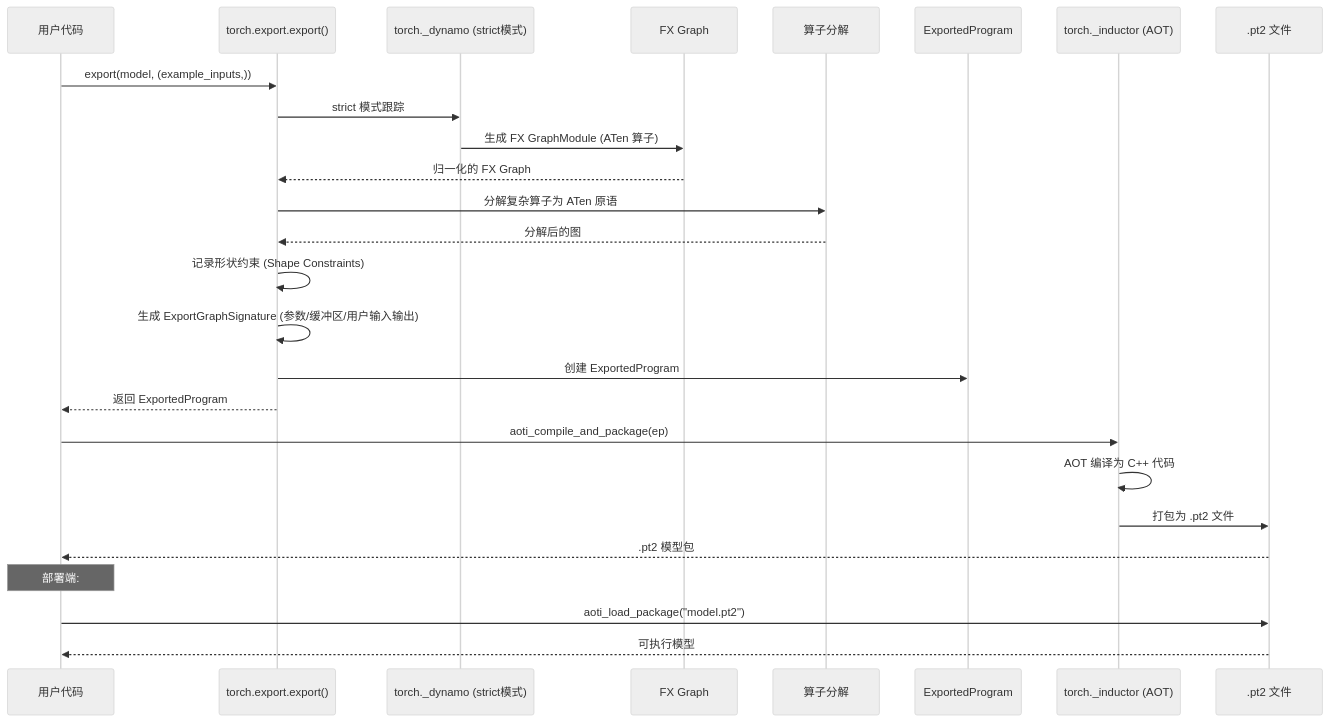
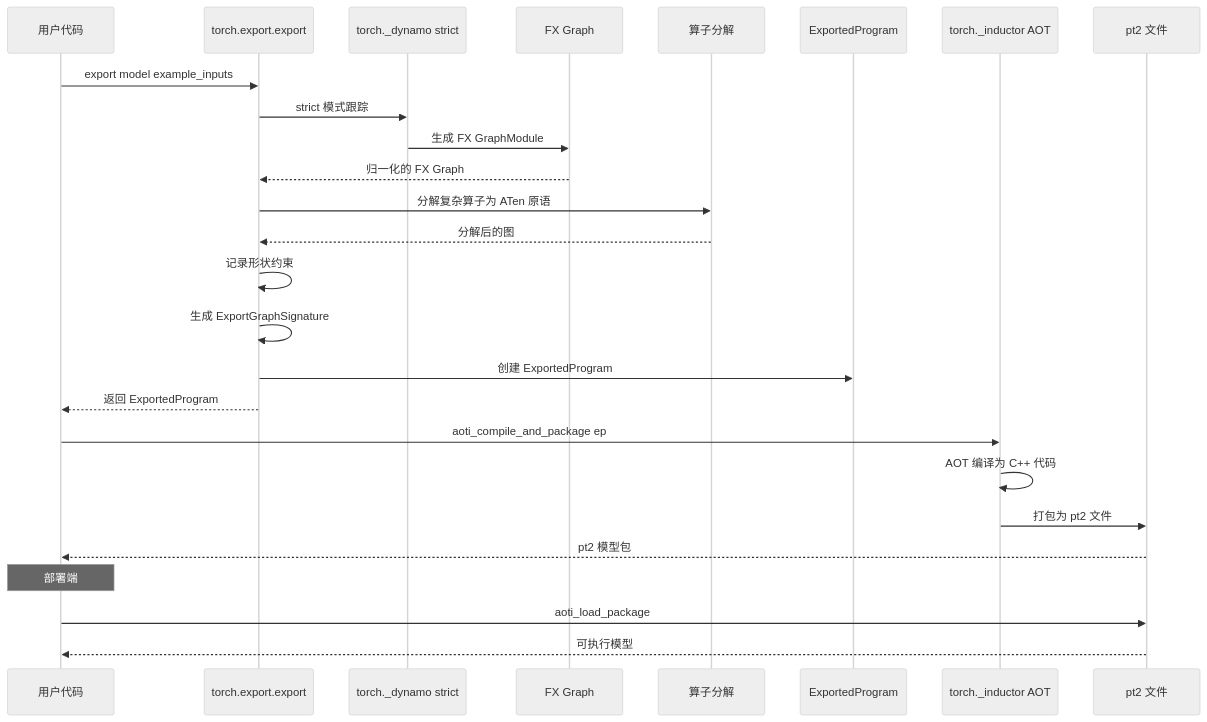
Before and after one commit to carlvinhust2012/MyStudy: the fourth of 8 diagrams in AI Infra相关/Pytorch/pytorch的整体框架.md, drawn with Mermaid (neutral theme). The commit also changed other lines of this file, not shown here.

````diff
--- a/AI Infra相关/Pytorch/pytorch的整体框架.md
+++ b/AI Infra相关/Pytorch/pytorch的整体框架.md
@@ -513,34 +514,34 @@
 ```mermaid
 sequenceDiagram
     participant User as 用户代码
-    participant Export as torch.export.export()
-    participant Dynamo as torch._dynamo (strict模式)
-    participant FX as FX Graph
+    participant ExportAPI as torch.export.export
+    participant Dynamo as torch._dynamo strict
+    participant FXGraph as FX Graph
     participant Decompose as 算子分解
     participant EP as ExportedProgram
-    participant Inductor as torch._inductor (AOT)
-    participant PT2 as .pt2 文件
+    participant Inductor as torch._inductor AOT
+    participant PT2 as pt2 文件
 
-    User->>Export: export(model, (example_inputs,))
-    Export->>Dynamo: strict 模式跟踪
-    Dynamo->>FX: 生成 FX GraphModule (ATen 算子)
-    FX-->>Export: 归一化的 FX Graph
+    User->>ExportAPI: export model example_inputs
+    ExportAPI->>Dynamo: strict 模式跟踪
+    Dynamo->>FXGraph: 生成 FX GraphModule
+    FXGraph-->>ExportAPI: 归一化的 FX Graph
 
-    Export->>Decompose: 分解复杂算子为 ATen 原语
-    Decompose-->>Export: 分解后的图
+    ExportAPI->>Decompose: 分解复杂算子为 ATen 原语
+    Decompose-->>ExportAPI: 分解后的图
 
-    Export->>Export: 记录形状约束 (Shape Constraints)
-    Export->>Export: 生成 ExportGraphSignature (参数/缓冲区/用户输入输出)
-    Export->>EP: 创建 ExportedProgram
+    ExportAPI->>ExportAPI: 记录形状约束
+    ExportAPI->>ExportAPI: 生成 ExportGraphSignature
+    ExportAPI->>EP: 创建 ExportedProgram
 
-    Export-->>User: 返回 ExportedProgram
+    ExportAPI-->>User: 返回 ExportedProgram
 
-    User->>Inductor: aoti_compile_and_package(ep)
+    User->>Inductor: aoti_compile_and_package ep
     Inductor->>Inductor: AOT 编译为 C++ 代码
-    Inductor->>PT2: 打包为 .pt2 文件
-    PT2-->>User: .pt2 模型包
+    Inductor->>PT2: 打包为 pt2 文件
+    PT2-->>User: pt2 模型包
 
-    Note over User: 部署端:
-    User->>PT2: aoti_load_package("model.pt2")
+    Note over User: 部署端
+    User->>PT2: aoti_load_package
     PT2-->>User: 可执行模型
 ```
````
